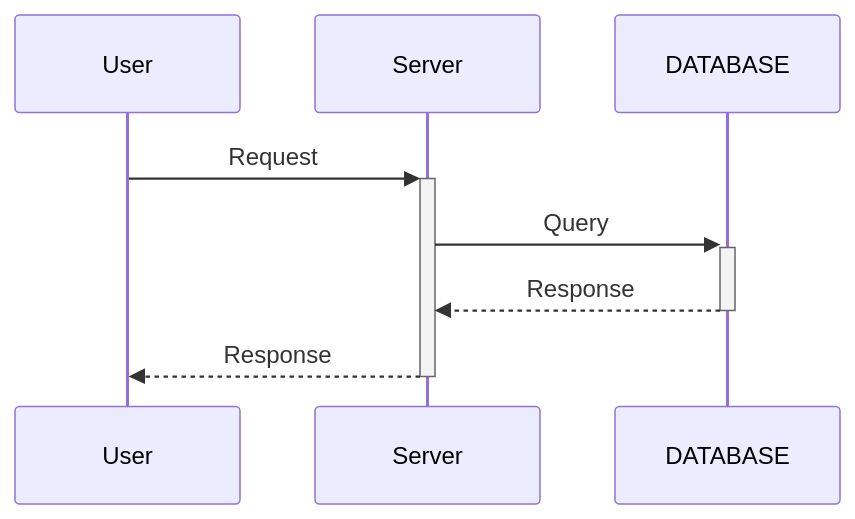
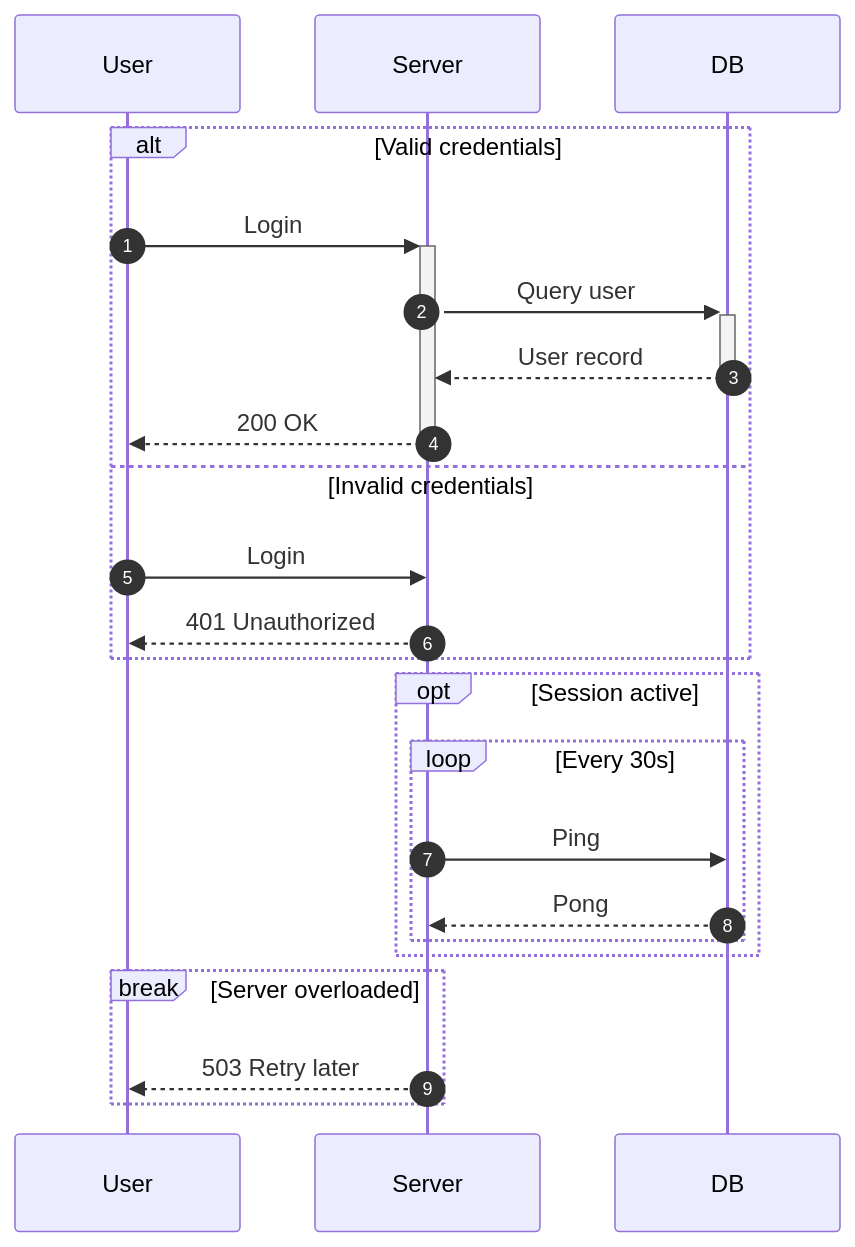
Before and after one commit to v420v/mrxl: the diagram in examples/SequenceDiagram.mmd, drawn with Mermaid. The commit also changed 3 other files, not shown here.

Commit message:
add: interaction blocks for sequence diagrams

```diff
--- a/examples/SequenceDiagram.mmd
+++ b/examples/SequenceDiagram.mmd
@@ -1,9 +1,26 @@
 sequenceDiagram
+  autonumber
   participant User
   participant Server
-  participant DATABASE
+  participant DB
 
-  User->>+Server: Request
-  Server->>+DATABASE: Query
-  DATABASE-->>-Server: Response
-  Server-->>-User: Response
+  alt Valid credentials
+    User->>+Server: Login
+    Server->>+DB: Query user
+    DB-->>-Server: User record
+    Server-->>-User: 200 OK
+  else Invalid credentials
+    User->>Server: Login
+    Server-->>User: 401 Unauthorized
+  end
+
+  opt Session active
+    loop Every 30s
+      Server->>DB: Ping
+      DB-->>Server: Pong
+    end
+  end
+
+  break Server overloaded
+    Server-->>User: 503 Retry later
+  end
```
